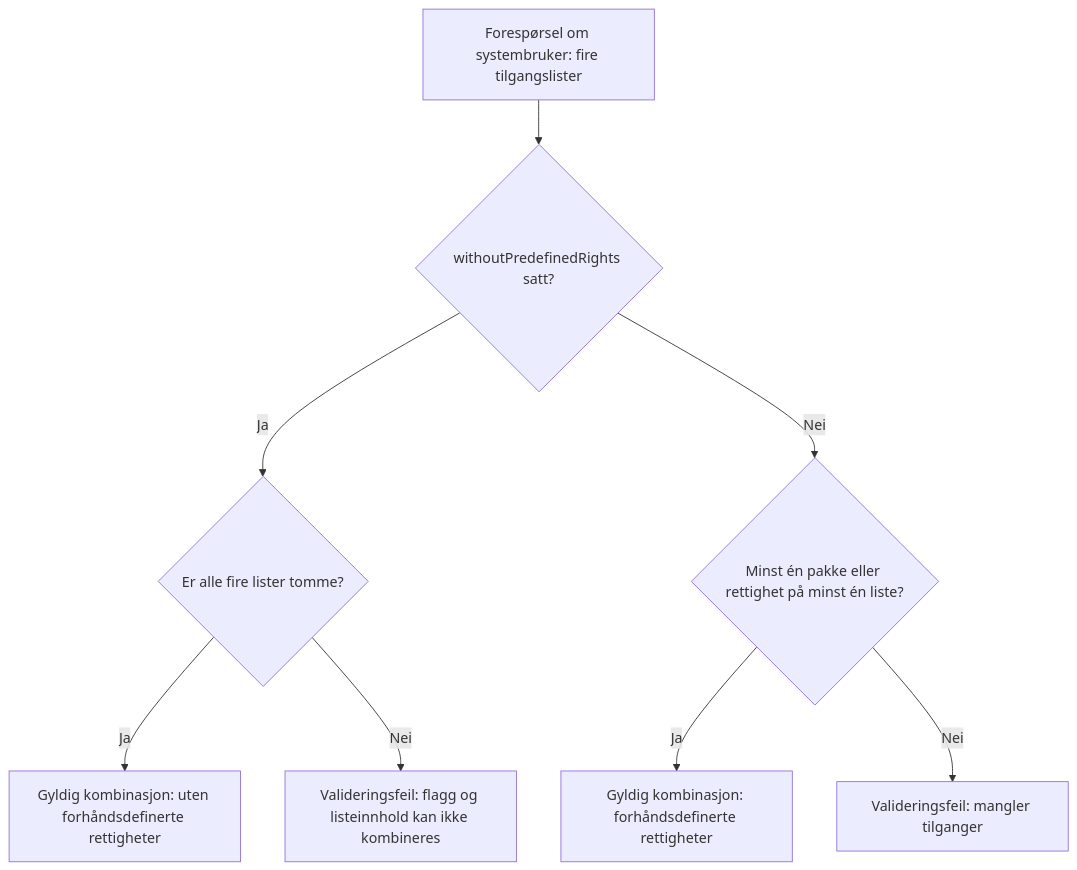
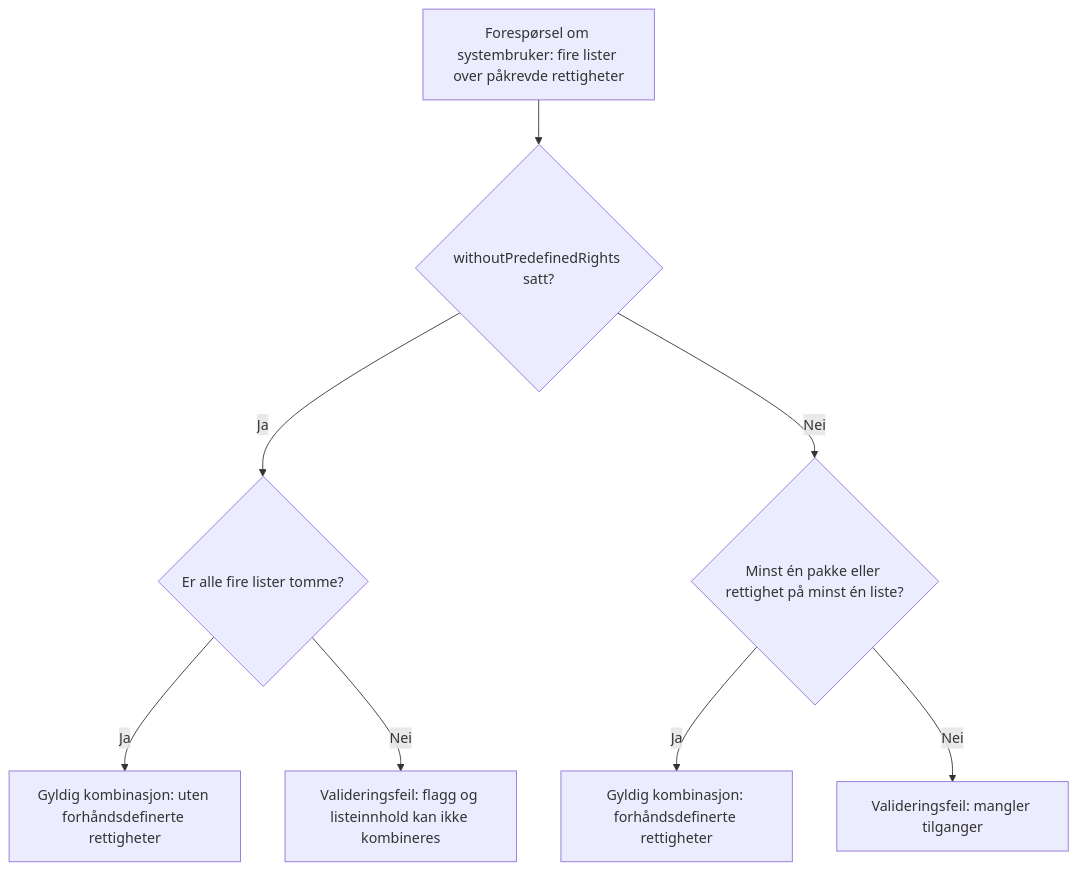
One commit to Altinn/altinn-studio-docs changed the first of 4 diagrams in content/authorization/guides/system-vendor/system-user/beslutningstre.nb.md. Above: the diagram before and after it, drawn with Mermaid. The commit also changed 2 other files, not shown here.

Commit message:
docs: skill påkrevde rettigheter fra tilgangslister

```diff
--- a/content/authorization/guides/system-vendor/system-user/beslutningstre.nb.md
+++ b/content/authorization/guides/system-vendor/system-user/beslutningstre.nb.md
@@ -24,10 +24,10 @@
 {{< mermaid >}}
 graph TD
-  REQUEST["Forespørsel om systembruker: fire tilgangslister"] --> FLAG{"withoutPredefinedRights satt?"}
+  REQUEST["Forespørsel om systembruker: fire lister over påkrevde rettigheter"] --> FLAG{"withoutPredefinedRights satt?"}
   FLAG -->|Ja| EMPTY{"Er alle fire lister tomme?"}
   EMPTY -->|Ja| FREE["Gyldig kombinasjon: uten forhåndsdefinerte rettigheter"]
   EMPTY -->|Nei| ERROR1["Valideringsfeil: flagg og listeinnhold kan ikke kombineres"]
   FLAG -->|Nei| CONTENT{"Minst én pakke eller rettighet på minst én liste?"}
   CONTENT -->|Ja| PRESET["Gyldig kombinasjon: forhåndsdefinerte rettigheter"]
   CONTENT -->|Nei| ERROR2["Valideringsfeil: mangler tilganger"]
 {{< /mermaid >}}
```
